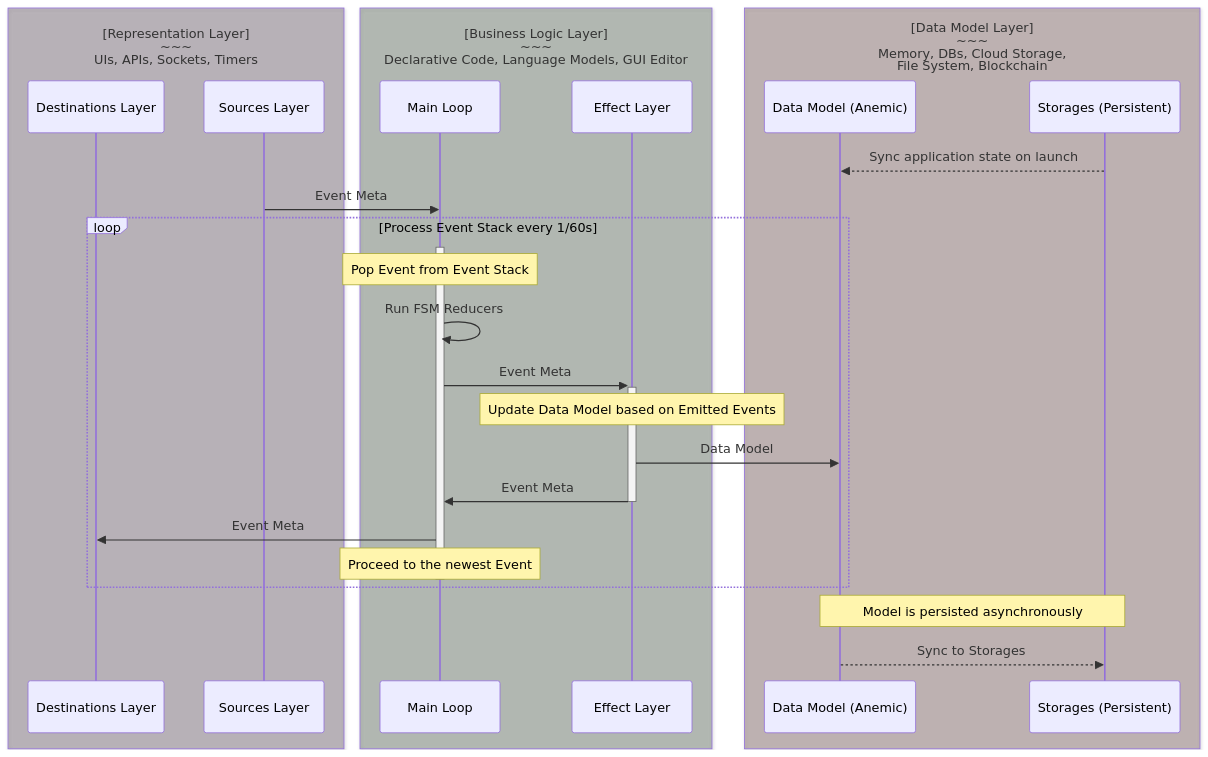
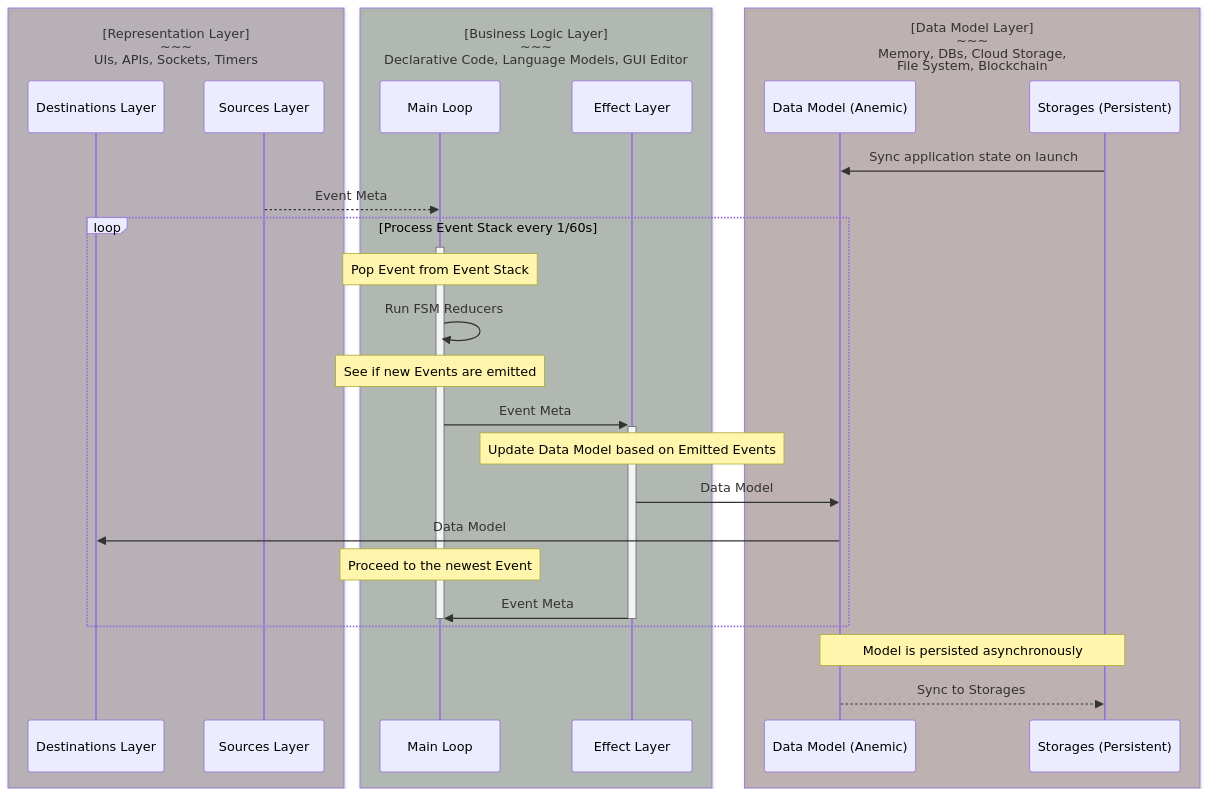
One commit to tfcp68/yantrix changed the fifth of 5 diagrams in docs/concepts/400_data_flow.md. Above: the diagram before and after it, drawn with Mermaid. The commit also changed other lines of this file and 7 other files, not shown here.

````diff
--- a/docs/concepts/400_data_flow.md
+++ b/docs/concepts/400_data_flow.md
@@ -141,31 +140,32 @@
 ```mermaid
 sequenceDiagram
 	box rgba(25,0,25,0.25) [Representation Layer]<br/>~~~</br>UIs, APIs, Sockets, Timers
 		participant DST as Destinations Layer
 		participant SRC as Sources Layer
 	end
 	box rgba(0,25,0,0.25) [Business Logic Layer]<br/>~~~</br>Declarative Code, Language Models, GUI Editor
 		participant MT as Main Loop
 		participant EL as Effect Layer
 	end
 	box rgba(50,0,0,0.25) [Data Model Layer]<br/>~~~</br>Memory, DBs, Cloud Storage,<br/> File System, Blockchain
 		participant MDL as Data Model (Anemic)
 		participant DB as Storages (Persistent)
 	end
-	DB -->> MDL: Sync application state on launch
-	SRC ->> MT: Event Meta
+	DB ->> MDL: Sync application state on launch
+	SRC -->> MT: Event Meta
 	loop Process Event Stack every 1/60s
 		activate MT
 		Note over MT: Pop Event from Event Stack
 		MT ->> MT: Run FSM Reducers
+		Note over MT: See if new Events are emitted
 		MT ->>+ EL: Event Meta
 		note over EL: Update Data Model based on Emitted Events
 		EL ->> MDL: Data Model
+		MDL ->> DST: Data Model
+		note over MT: Proceed to the newest Event
 		EL ->>- MT: Event Meta
-		MT ->> DST: Event Meta
-		note over MT: Proceed to the newest Event
 		deactivate MT
 	end
 	Note over MDL, DB: Model is persisted asynchronously
 	MDL -->> DB: Sync to Storages
 ```
````
